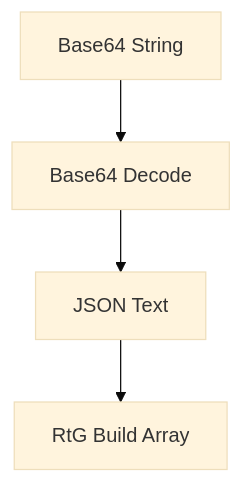
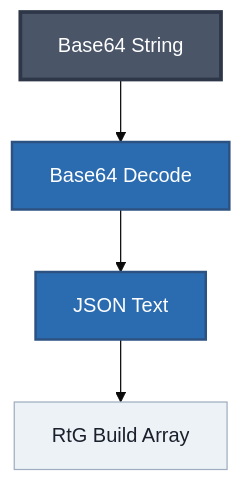
One commit to JuanCrakYT/RtG-Format changed the second of 11 diagrams in compression/encoding.md. Above: the diagram before and after it, drawn with Mermaid (base theme). The commit also changed other lines of this file and 1 other file, not shown here.

Commit message:
Starting Mermaid

````diff
--- a/compression/encoding.md
+++ b/compression/encoding.md
@@ -68,6 +76,14 @@
 ```mermaid
 flowchart TD
     A["Base64 String"] --> B["Base64 Decode"]
     B --> C["JSON Text"]
     C --> D["RtG Build Array"]
+
+    classDef root fill:#4a5568,color:#fff,stroke:#2d3748,stroke-width:3px;
+    classDef branch fill:#2b6cb0,color:#fff,stroke:#2c5282,stroke-width:2px;
+    classDef detail fill:#edf2f7,color:#1a202c,stroke:#a0aec0;
+
+    class A root;
+    class B,C branch;
+    class D detail;
 ```
````
